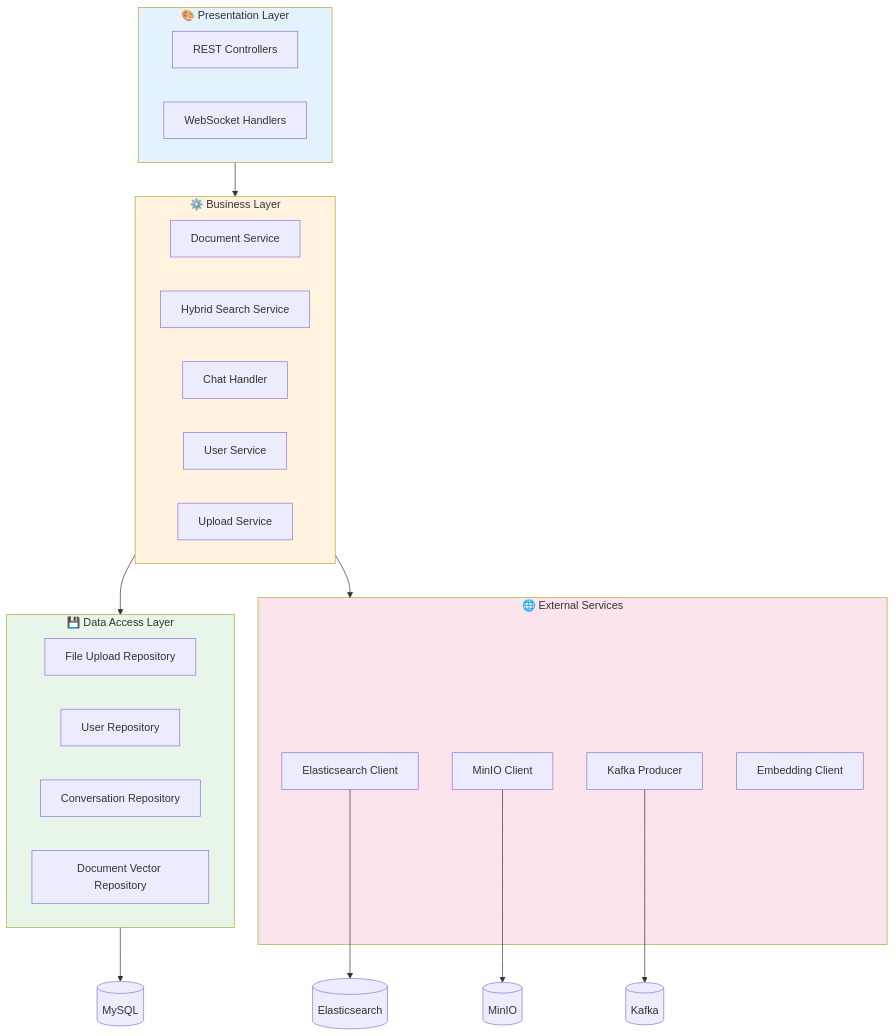
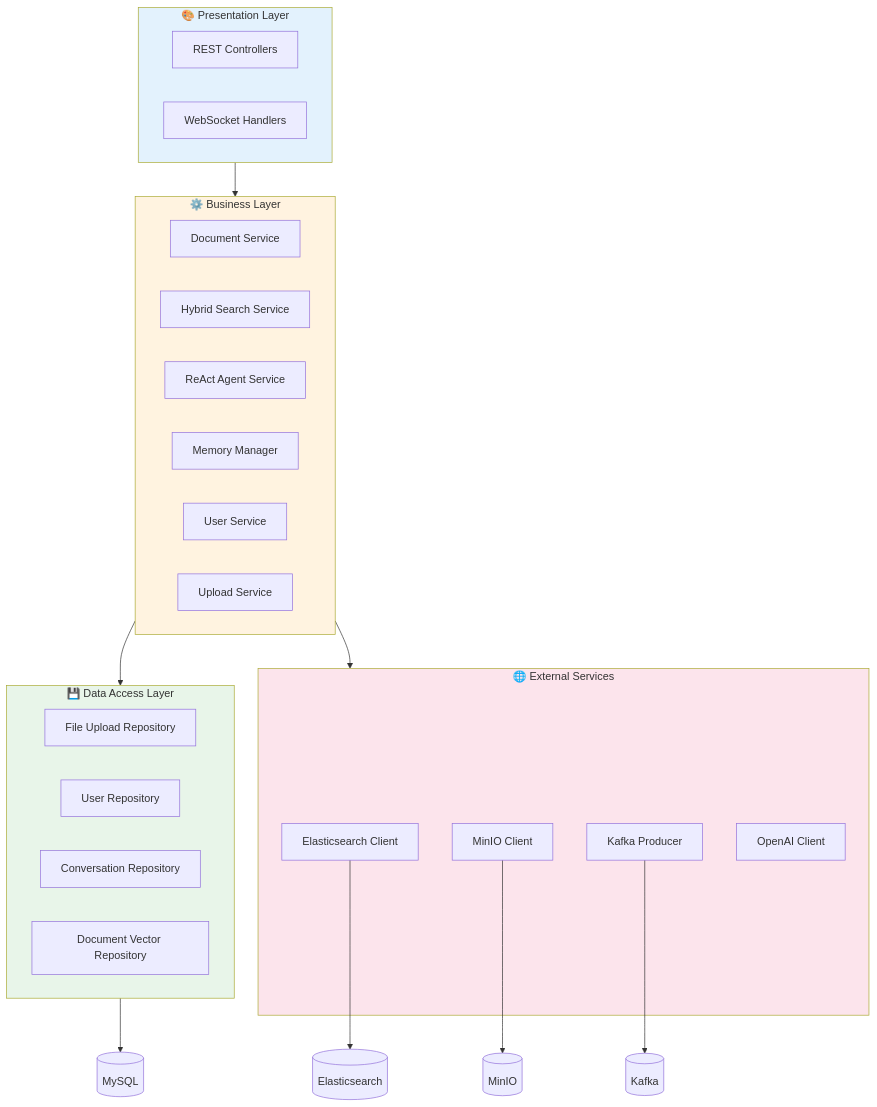
Before and after one commit to Automan1218/RoboKnow: the fourth of 4 diagrams in README.md, drawn with Mermaid. The commit also changed other lines of this file and 1 other file, not shown here.

````diff
--- a/README.md
+++ b/README.md
@@ -312,42 +267,43 @@
 ```mermaid
 graph TB
     subgraph Presentation["🎨 Presentation Layer"]
         REST[REST Controllers]
         WS[WebSocket Handlers]
     end
 
     subgraph Business["⚙️ Business Layer"]
         DocSvc[Document Service]
         SearchSvc[Hybrid Search Service]
-        ChatSvc[Chat Handler]
+        AgentSvc[ReAct Agent Service]
+        MemSvc[Memory Manager]
         AuthSvc[User Service]
         UploadSvc[Upload Service]
     end
 
     subgraph DataAccess["💾 Data Access Layer"]
         FileRepo[File Upload Repository]
         UserRepo[User Repository]
         ConvRepo[Conversation Repository]
         VectorRepo[Document Vector Repository]
     end
 
     subgraph External["🌐 External Services"]
         ESClient[Elasticsearch Client]
         MinIOClient[MinIO Client]
         KafkaProducer[Kafka Producer]
-        EmbeddingClient[Embedding Client]
+        OpenAIClient[OpenAI Client]
     end
 
     Presentation --> Business
     Business --> DataAccess
     Business --> External
     DataAccess --> MySQL[(MySQL)]
     ESClient --> ES[(Elasticsearch)]
     MinIOClient --> MinIO[(MinIO)]
     KafkaProducer --> Kafka[(Kafka)]
 
     style Presentation fill:#e3f2fd
     style Business fill:#fff3e0
     style DataAccess fill:#e8f5e9
     style External fill:#fce4ec
 ```
````
